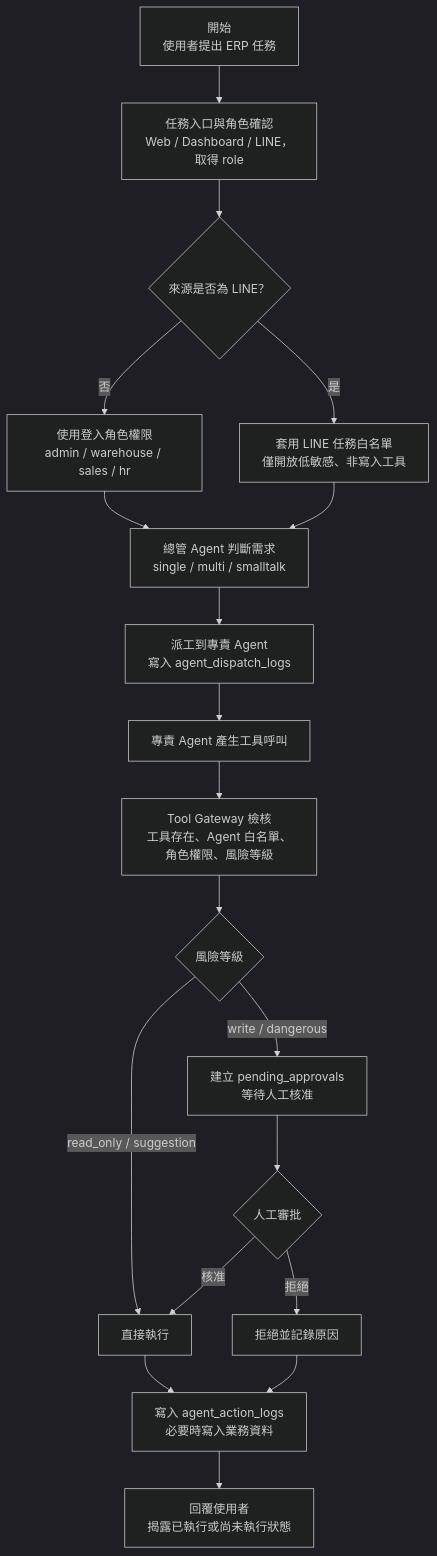
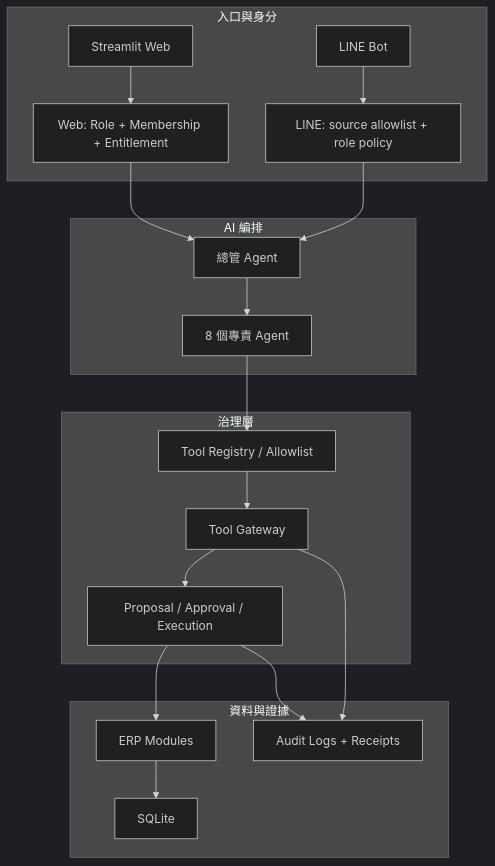
One commit to falltwo/AI-Risk-Based-Inventory-ERP changed the second of 2 diagrams in README.md. Above: the diagram before and after it, drawn with Mermaid (dark theme). The commit also changed other lines of this file and 24 other files, not shown here.

````diff
--- a/README.md
+++ b/README.md
@@ -70,21 +68,34 @@
 ```mermaid
-flowchart TD
-    START["開始<br/>使用者提出 ERP 任務"] --> ROLE["任務入口與角色確認<br/>Web / Dashboard / LINE，取得 role"]
-    ROLE --> LINEQ{"來源是否為 LINE？"}
-    LINEQ -->|否| WEBROLE["使用登入角色權限<br/>admin / warehouse / sales / hr"]
-    LINEQ -->|是| LINELIMIT["套用 LINE 任務白名單<br/>僅開放低敏感、非寫入工具"]
-    WEBROLE --> ORCH["總管 Agent 判斷需求<br/>single / multi / smalltalk"]
-    LINELIMIT --> ORCH
-    ORCH --> DISPATCH["派工到專責 Agent<br/>寫入 agent_dispatch_logs"]
-    DISPATCH --> AGENT["專責 Agent 產生工具呼叫"]
-    AGENT --> GATE["Tool Gateway 檢核<br/>工具存在、Agent 白名單、角色權限、風險等級"]
-    GATE --> RISK{"風險等級"}
-    RISK -->|read_only / suggestion| EXEC["直接執行"]
-    RISK -->|write / dangerous| PENDING["建立 pending_approvals<br/>等待人工核准"]
-    PENDING --> APPROVE{"人工審批"}
-    APPROVE -->|核准| EXEC
-    APPROVE -->|拒絕| REJECT["拒絕並記錄原因"]
-    EXEC --> LOG["寫入 agent_action_logs<br/>必要時寫入業務資料"]
-    REJECT --> LOG
-    LOG --> RESP["回覆使用者<br/>揭露已執行或尚未執行狀態"]
+flowchart TB
+    subgraph ENTRY["入口與身分"]
+        WEB["Streamlit Web"]
+        LINE["LINE Bot"]
+        WEB_ACCESS["Web: Role + Membership + Entitlement"]
+        LINE_ACCESS["LINE: source allowlist + role policy"]
+    end
+
+    subgraph AI["AI 編排"]
+        ORCH["總管 Agent"]
+        AGENTS["8 個專責 Agent"]
+    end
+
+    subgraph GOV["治理層"]
+        REG["Tool Registry / Allowlist"]
+        GATE["Tool Gateway"]
+        APPROVAL["Proposal / Approval / Execution"]
+    end
+
+    subgraph DATA["資料與證據"]
+        ERP["ERP Modules"]
+        DB["SQLite"]
+        AUDIT["Audit Logs + Receipts"]
+    end
+
+    WEB --> WEB_ACCESS
+    LINE --> LINE_ACCESS
+    WEB_ACCESS --> ORCH
+    LINE_ACCESS --> ORCH
+    ORCH --> AGENTS --> REG --> GATE --> APPROVAL --> ERP --> DB
+    GATE --> AUDIT
+    APPROVAL --> AUDIT
 ```
````
